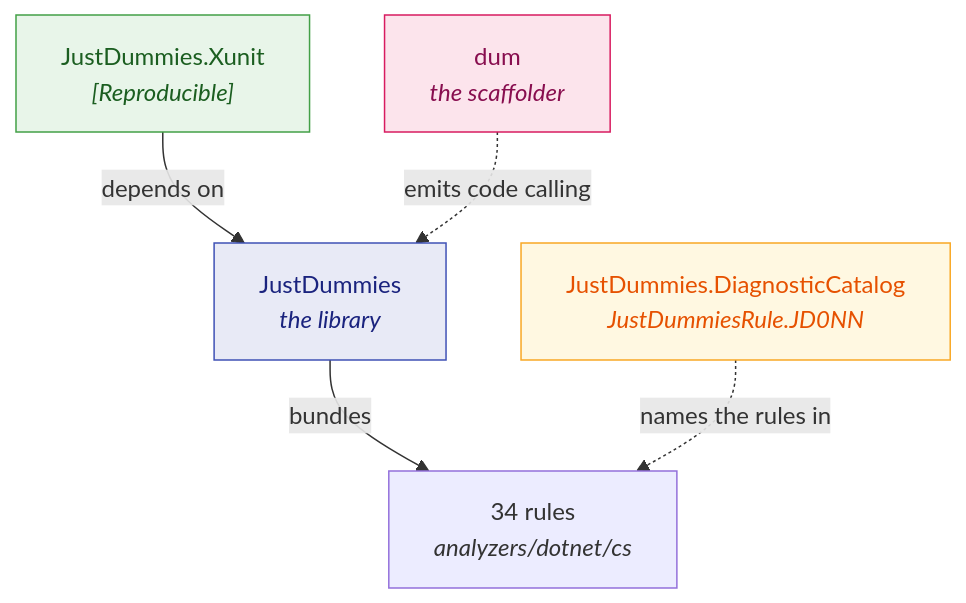
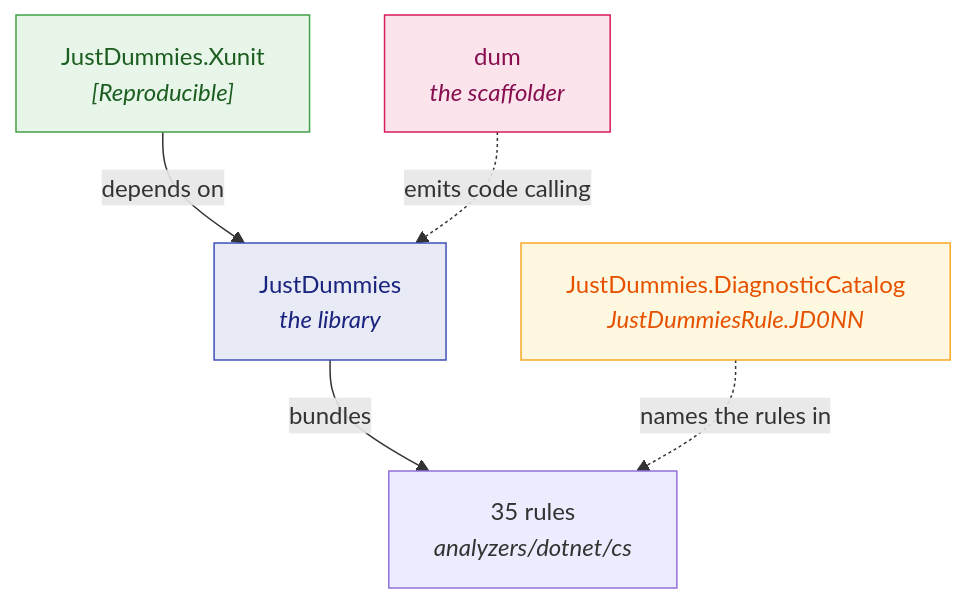
One commit to Reefact/just-dummies changed the diagram in doc/handwritten/for-users/packages/README.md. Above: the diagram before and after it, drawn with Mermaid. The commit also changed other lines of this file and 68 other files, not shown here.

````diff
--- a/doc/handwritten/for-users/packages/README.md
+++ b/doc/handwritten/for-users/packages/README.md
@@ -18,14 +18,14 @@
 ```mermaid
 flowchart TD
     accTitle: How the four packages relate
-    accDescr: JustDummies, the library, bundles the 34 rules under analyzers/dotnet/cs. JustDummies.Xunit depends on the library. JustDummies.DiagnosticCatalog names those rules without depending on them, and dum, the scaffolder, emits code calling the library.
-    L["JustDummies<br/><i>the library</i>"] -->|"bundles"| A["34 rules<br/><i>analyzers/dotnet/cs</i>"]
+    accDescr: JustDummies, the library, bundles the 35 rules under analyzers/dotnet/cs. JustDummies.Xunit depends on the library. JustDummies.DiagnosticCatalog names those rules without depending on them, and dum, the scaffolder, emits code calling the library.
+    L["JustDummies<br/><i>the library</i>"] -->|"bundles"| A["35 rules<br/><i>analyzers/dotnet/cs</i>"]
     X["JustDummies.Xunit<br/><i>[Reproducible]</i>"] -->|"depends on"| L
     C["JustDummies.DiagnosticCatalog<br/><i>JustDummiesRule.JD0NN</i>"]
     C -.->|"names the rules in"| A
     D["dum<br/><i>the scaffolder</i>"] -.->|"emits code calling"| L
     style L fill:#e8eaf6,stroke:#3f51b5,color:#1a237e
     style X fill:#e8f5e9,stroke:#43a047,color:#1b5e20
     style C fill:#fff8e1,stroke:#f9a825,color:#e65100
     style D fill:#fce4ec,stroke:#d81b60,color:#880e4f
 ```
````
